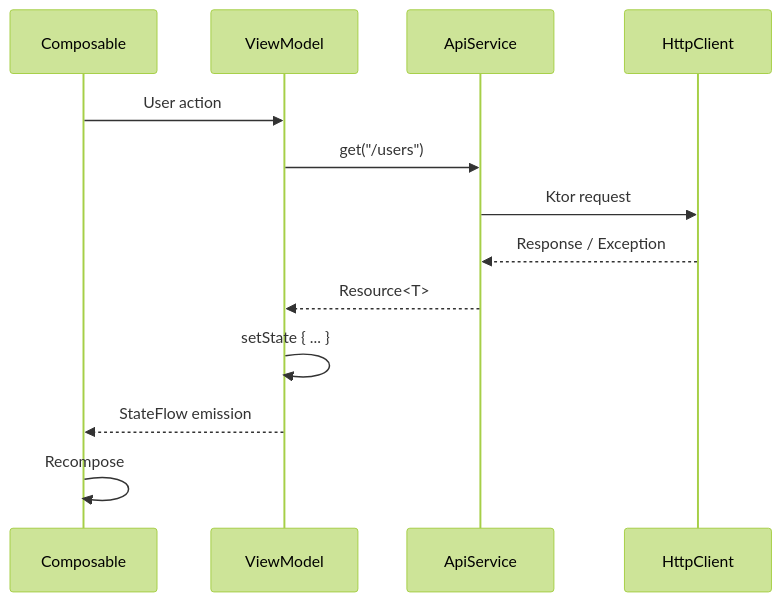
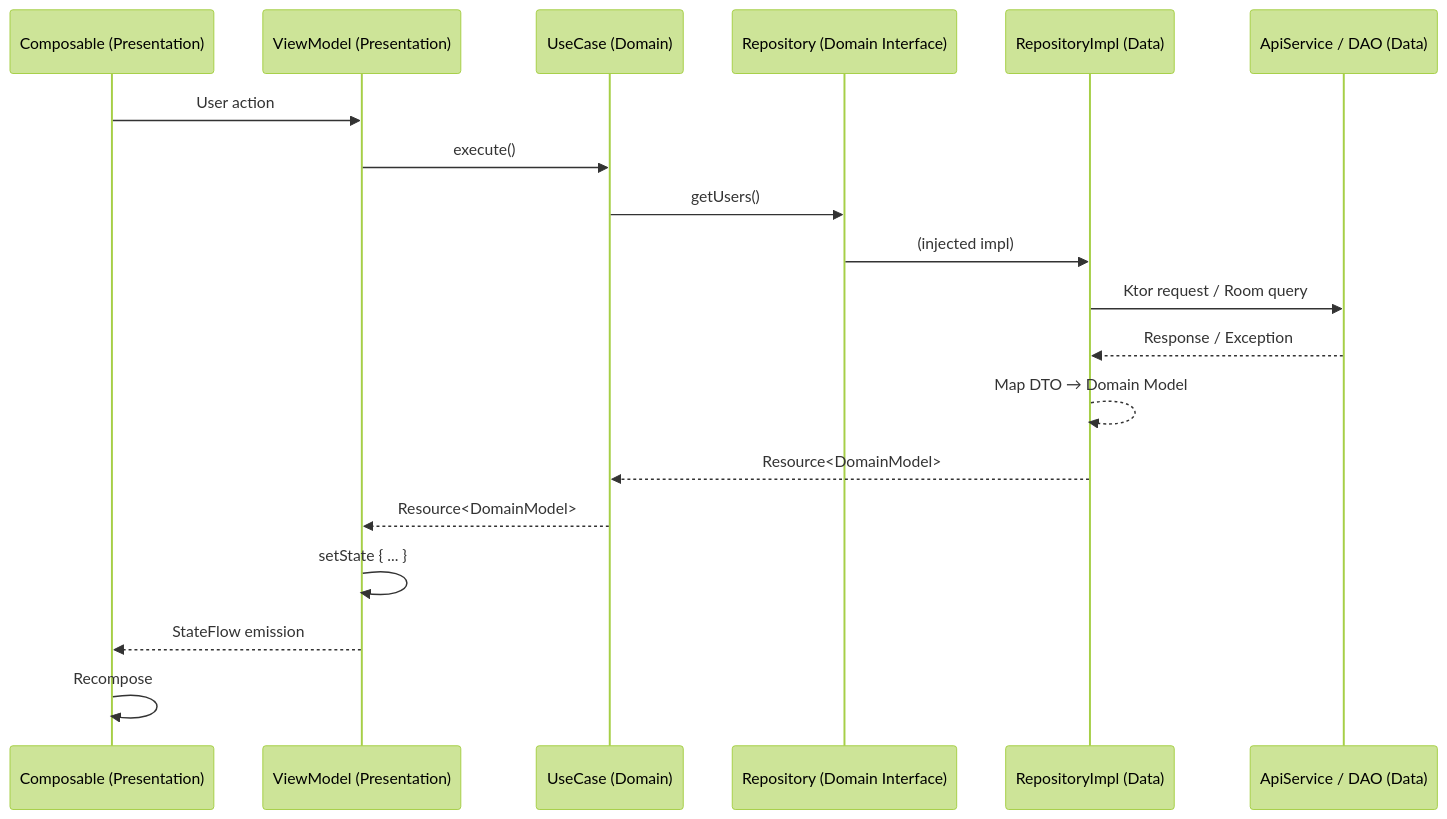
The second of 2 diagrams in README.md (wahidabd/miru-sdk), drawn with Mermaid (forest theme) before and after one commit. The commit also changed other lines of this file, not shown here.

First line of the commit message:
docs: update README to reflect clean architecture per module

````diff
--- a/README.md
+++ b/README.md
@@ -77,16 +115,22 @@
 ```mermaid
 sequenceDiagram
-    participant UI as Composable
-    participant VM as ViewModel
-    participant API as ApiService
-    participant HTTP as HttpClient
+    participant UI as Composable (Presentation)
+    participant VM as ViewModel (Presentation)
+    participant UC as UseCase (Domain)
+    participant REPO as Repository (Domain Interface)
+    participant IMPL as RepositoryImpl (Data)
+    participant API as ApiService / DAO (Data)
 
     UI->>VM: User action
-    VM->>API: get("/users")
-    API->>HTTP: Ktor request
-    HTTP-->>API: Response / Exception
-    API-->>VM: Resource<T>
+    VM->>UC: execute()
+    UC->>REPO: getUsers()
+    REPO->>IMPL: (injected impl)
+    IMPL->>API: Ktor request / Room query
+    API-->>IMPL: Response / Exception
+    IMPL-->>IMPL: Map DTO → Domain Model
+    IMPL-->>UC: Resource<DomainModel>
+    UC-->>VM: Resource<DomainModel>
     VM->>VM: setState { ... }
     VM-->>UI: StateFlow emission
     UI->>UI: Recompose
 ```
````
